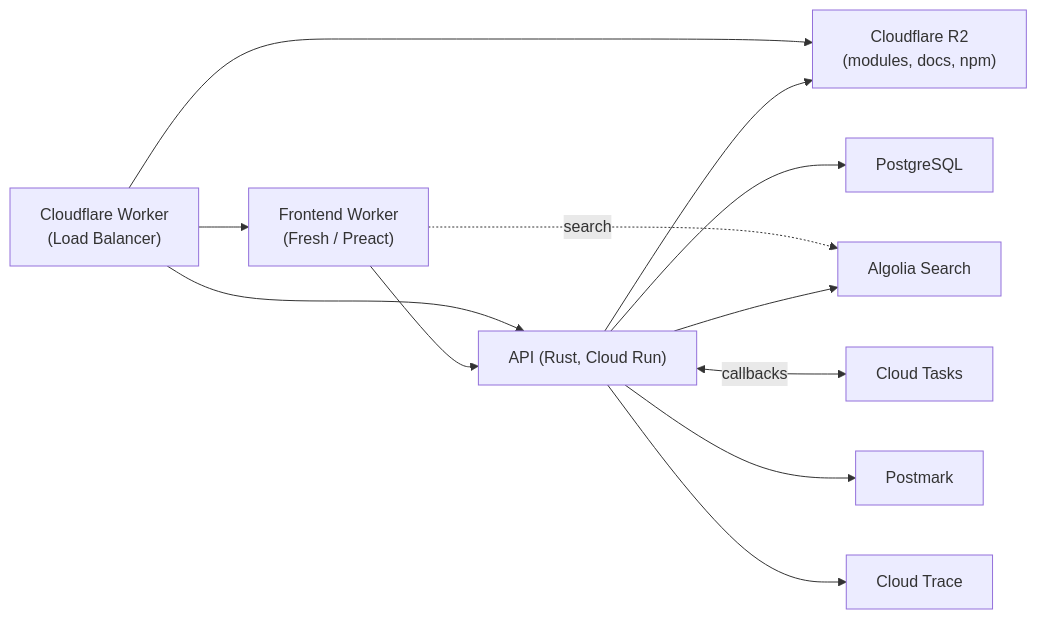
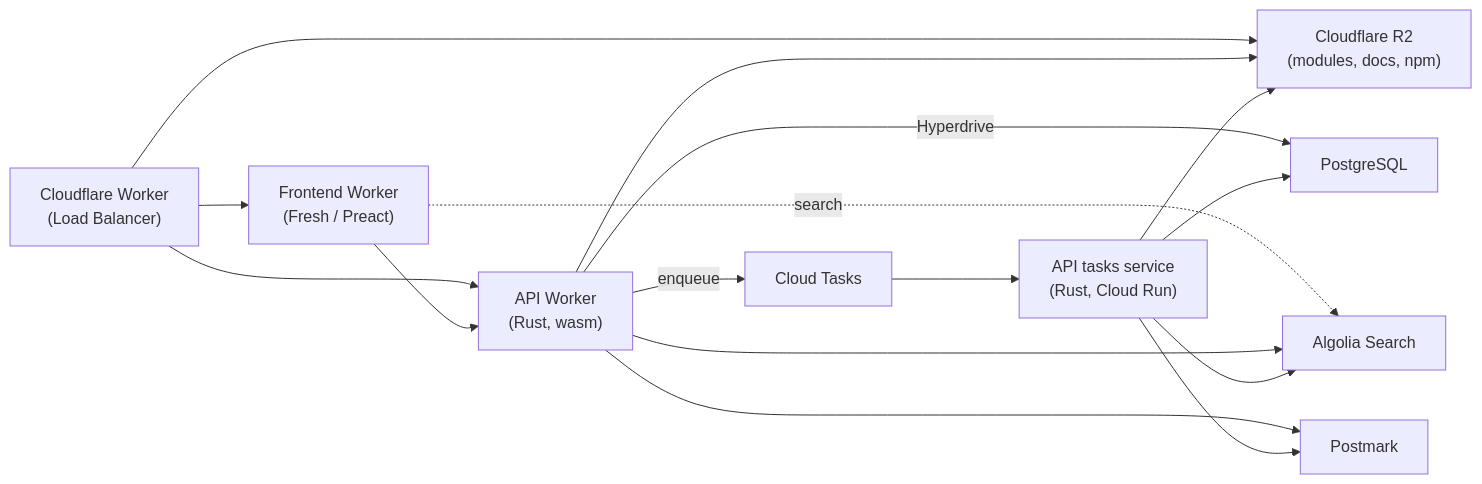
Before and after one commit to jsr-io/jsr: the diagram in architecture.md, drawn with Mermaid. The commit also changed other lines of this file, not shown here.

Commit message:
Describe the API worker in architecture.md

````diff
--- a/architecture.md
+++ b/architecture.md
@@ -21,18 +22,23 @@
 ```mermaid
 graph LR
     Worker["Cloudflare Worker<br/>(Load Balancer)"]
 
     Worker --> Frontend["Frontend Worker<br/>(Fresh / Preact)"]
-    Worker --> API["API (Rust, Cloud Run)"]
+    Worker --> API["API Worker<br/>(Rust, wasm)"]
     Worker --> R2["Cloudflare R2<br/>(modules, docs, npm)"]
 
     Frontend --> API
     Frontend -. "search" .-> Algolia["Algolia Search"]
 
     API --> R2
-    API --> Postgres["PostgreSQL"]
+    API -- "Hyperdrive" --> Postgres["PostgreSQL"]
     API --> Algolia
-    API <-- "callbacks" --> CloudTasks["Cloud Tasks"]
     API --> Postmark["Postmark"]
-    API --> Trace["Cloud Trace"]
+    API -- "enqueue" --> CloudTasks["Cloud Tasks"]
+    CloudTasks --> Tasks["API tasks service<br/>(Rust, Cloud Run)"]
+
+    Tasks --> R2
+    Tasks --> Postgres
+    Tasks --> Algolia
+    Tasks --> Postmark
 ```
````
